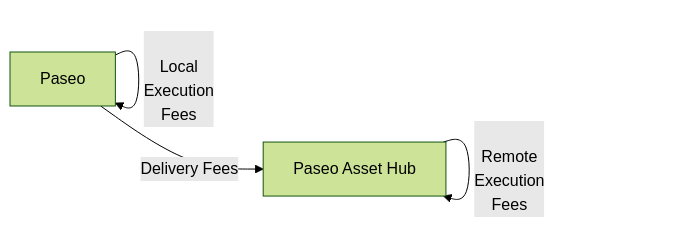
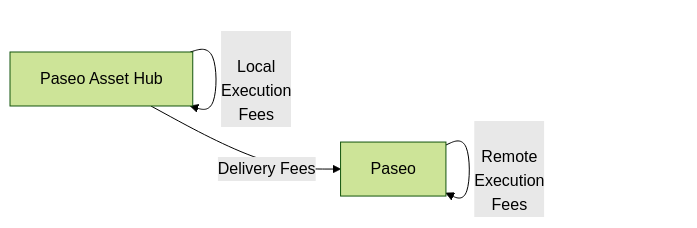
Before and after one commit to polkadot-developers/polkadot-docs: the diagram in tutorials/interoperability/xcm-fee-estimation.md, drawn with Mermaid (forest theme). The commit also changed other lines of this file and 1 other file, not shown here.

````diff
--- a/tutorials/interoperability/xcm-fee-estimation.md
+++ b/tutorials/interoperability/xcm-fee-estimation.md
@@ -28,6 +28,6 @@
 ```mermaid
 flowchart LR
-    Paseo[Paseo] -->|Delivery Fees| AssetHub[Paseo Asset Hub]
-    Paseo -->|<br />Local<br />Execution<br />Fees| Paseo
-    AssetHub -->|<br />Remote<br />Execution<br />Fees| AssetHub
+    AssetHub[Paseo Asset Hub] -->|Delivery Fees| Paseo[Paseo]
+    AssetHub -->|<br />Local<br />Execution<br />Fees| AssetHub
+    Paseo -->|<br />Remote<br />Execution<br />Fees| Paseo
 ```
````
